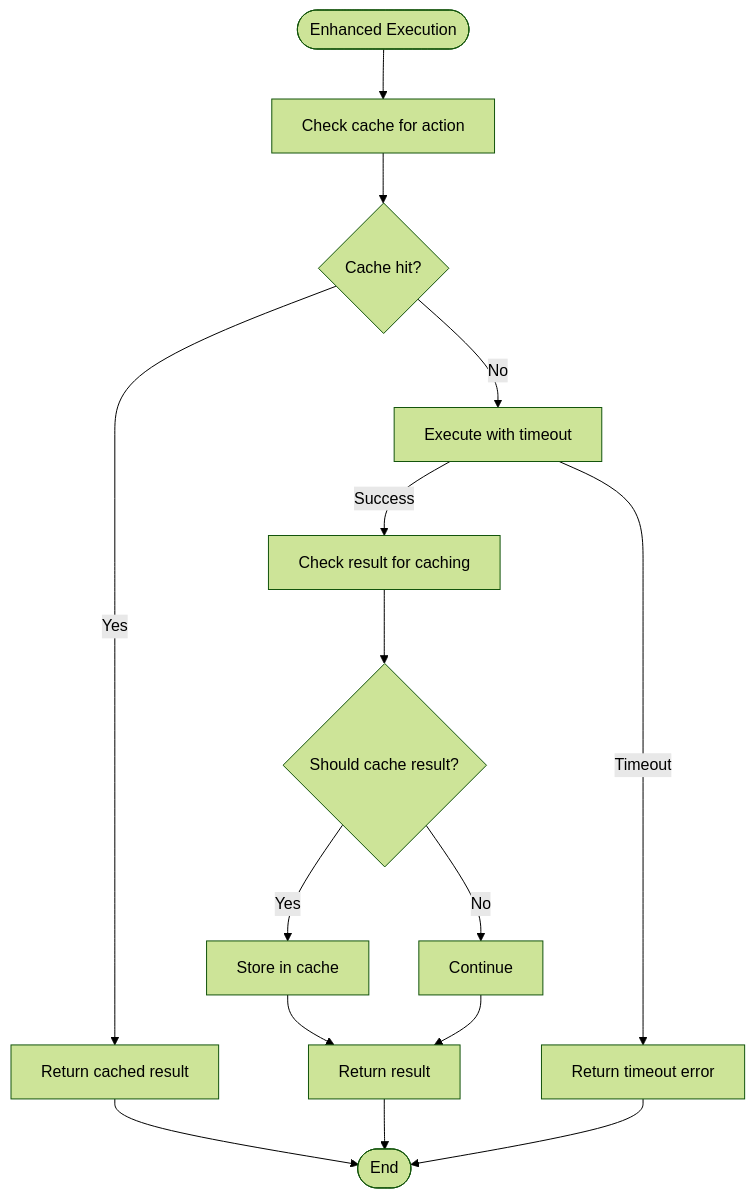
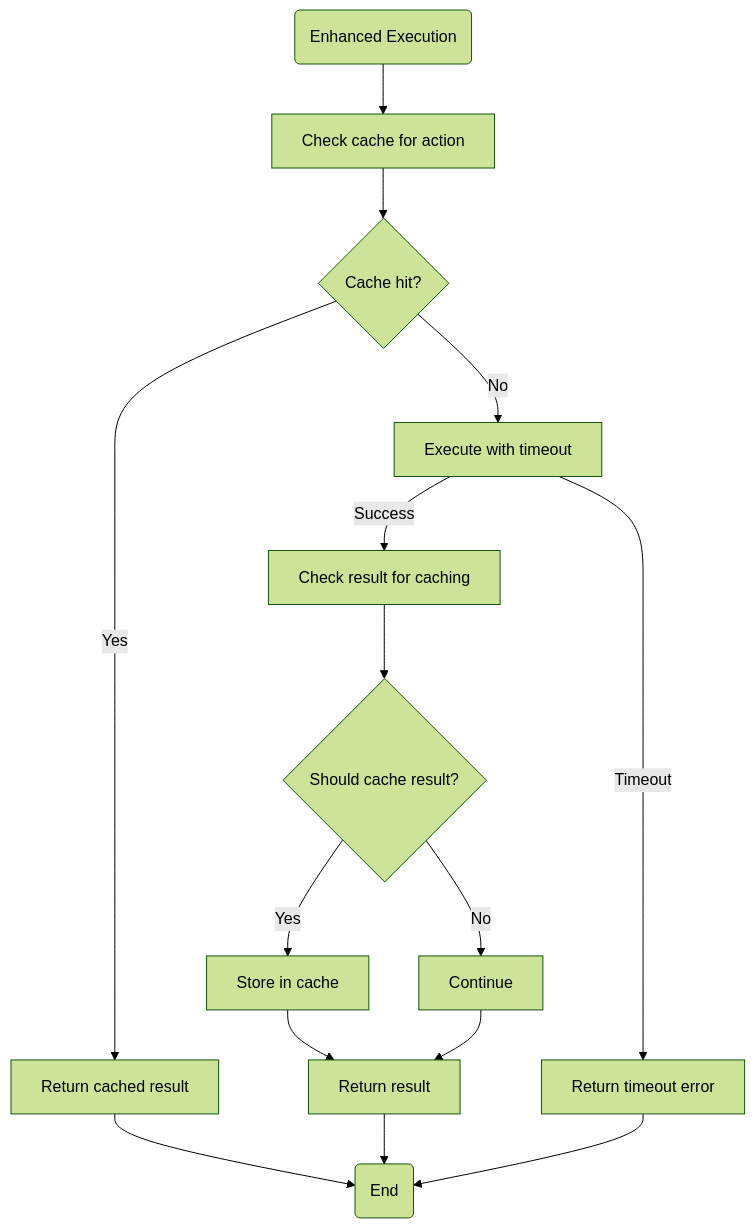
Before and after one commit to Likhithsai2580/RAVANA-WIKI: the seventh of 8 diagrams in docs/Action System/Action Manager.md, drawn with Mermaid (forest theme). The commit also changed other lines of this file and 32 other files, not shown here.

First line of the commit message:
feat(mermaid): enhance Mermaid diagram rendering and debugging support

````diff
--- a/docs/Action System/Action Manager.md
+++ b/docs/Action System/Action Manager.md
@@ -280,17 +280,17 @@
 ```mermaid
 flowchart TD
-Start([Enhanced Execution]) --> CheckCache["Check cache for action"]
+Start("Enhanced Execution") --> CheckCache["Check cache for action"]
 CheckCache --> CacheHit{"Cache hit?"}
 CacheHit --> |Yes| ReturnCached["Return cached result"]
 CacheHit --> |No| ApplyTimeout["Execute with timeout"]
 ApplyTimeout --> |Success| CheckResult["Check result for caching"]
 CheckResult --> ShouldCache{"Should cache result?"}
 ShouldCache --> |Yes| StoreCache["Store in cache"]
 ShouldCache --> |No| Continue
 StoreCache --> ReturnResult["Return result"]
 Continue --> ReturnResult
 ApplyTimeout --> |Timeout| HandleTimeout["Return timeout error"]
-ReturnCached --> End([End])
+ReturnCached --> End("End")
 ReturnResult --> End
 HandleTimeout --> End
 ```
````
